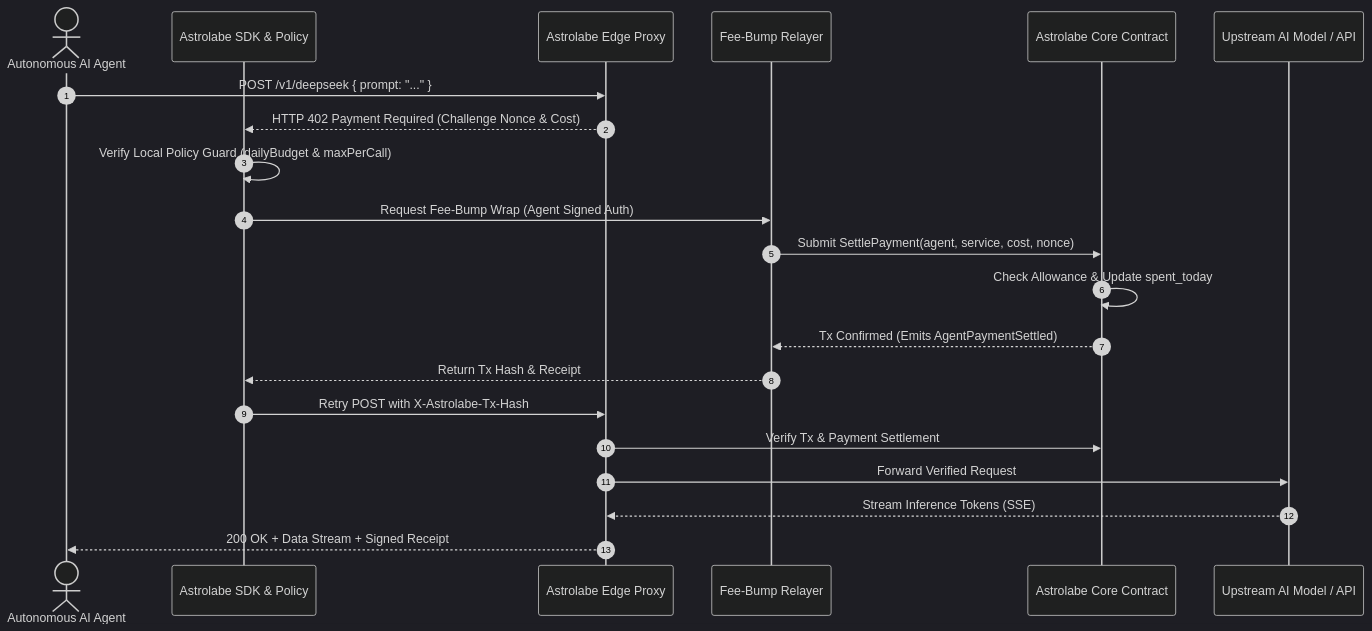
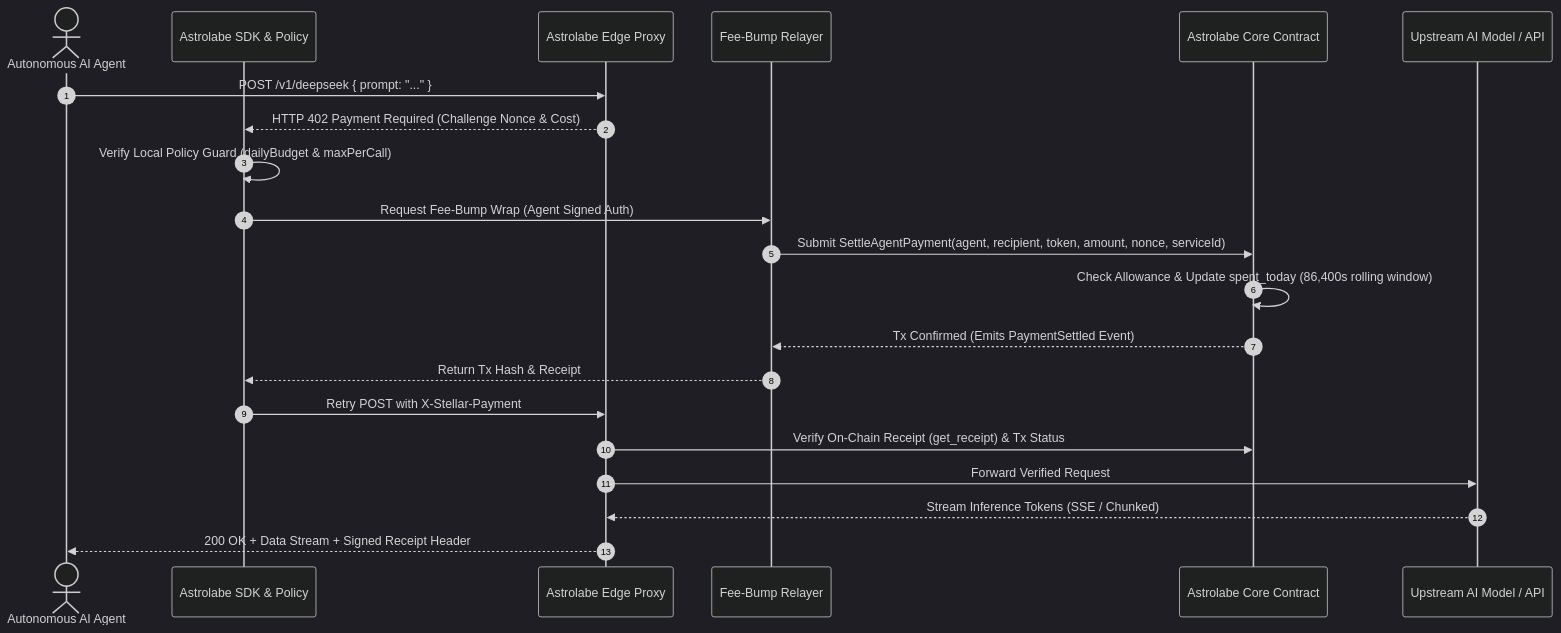
Before and after one commit to Stellar-Starfare/AstrolabePay: the diagram in README.md, drawn with Mermaid (dark theme). The commit also changed other lines of this file, not shown here.

Commit message:
docs: comprehensive README overhaul with accurate ABI, working code examples, and architecture

````diff
--- a/README.md
+++ b/README.md
@@ -106,24 +107,24 @@
 ```mermaid
 sequenceDiagram
     autonumber
     actor Agent as Autonomous AI Agent
     participant SDK as Astrolabe SDK & Policy
     participant Proxy as Astrolabe Edge Proxy
     participant Relayer as Fee-Bump Relayer
     participant Soroban as Astrolabe Core Contract
     participant Upstream as Upstream AI Model / API
 
     Agent->>Proxy: POST /v1/deepseek { prompt: "..." }
     Proxy-->>SDK: HTTP 402 Payment Required (Challenge Nonce & Cost)
     SDK->>SDK: Verify Local Policy Guard (dailyBudget & maxPerCall)
     SDK->>Relayer: Request Fee-Bump Wrap (Agent Signed Auth)
-    Relayer->>Soroban: Submit SettlePayment(agent, service, cost, nonce)
-    Soroban->>Soroban: Check Allowance & Update spent_today
-    Soroban-->>Relayer: Tx Confirmed (Emits AgentPaymentSettled)
+    Relayer->>Soroban: Submit SettleAgentPayment(agent, recipient, token, amount, nonce, serviceId)
+    Soroban->>Soroban: Check Allowance & Update spent_today (86,400s rolling window)
+    Soroban-->>Relayer: Tx Confirmed (Emits PaymentSettled Event)
     Relayer-->>SDK: Return Tx Hash & Receipt
-    SDK->>Proxy: Retry POST with X-Astrolabe-Tx-Hash
-    Proxy->>Soroban: Verify Tx & Payment Settlement
+    SDK->>Proxy: Retry POST with X-Stellar-Payment
+    Proxy->>Soroban: Verify On-Chain Receipt (get_receipt) & Tx Status
     Proxy->>Upstream: Forward Verified Request
-    Upstream-->>Proxy: Stream Inference Tokens (SSE)
-    Proxy-->>Agent: 200 OK + Data Stream + Signed Receipt
+    Upstream-->>Proxy: Stream Inference Tokens (SSE / Chunked)
+    Proxy-->>Agent: 200 OK + Data Stream + Signed Receipt Header
 ```
````
